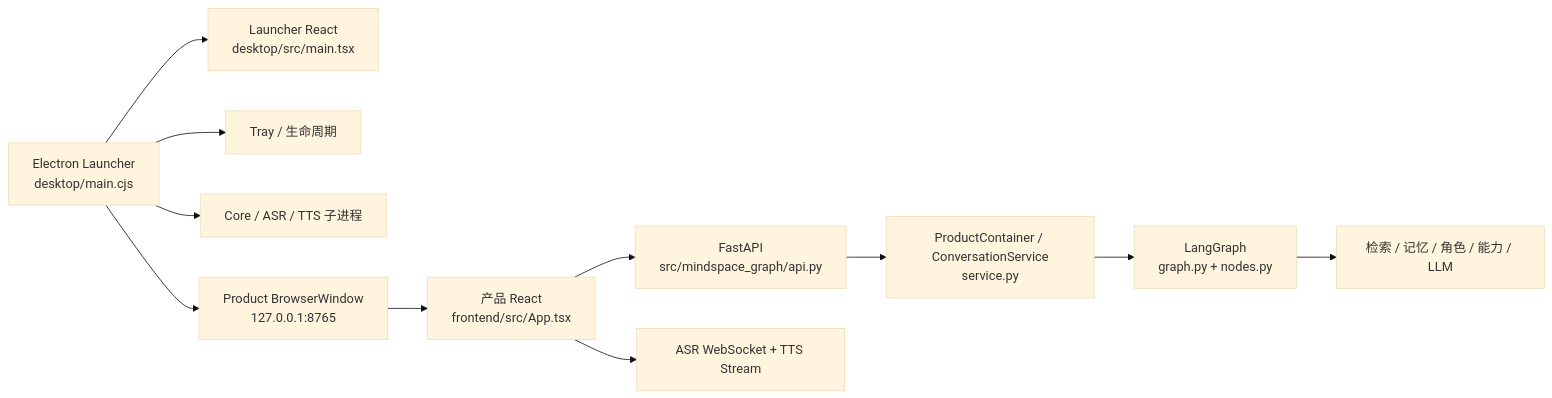
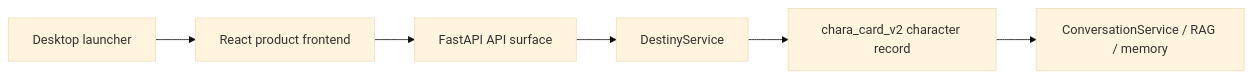
The diagram in docs/MINDSPACE_FUNCTION_MAP.md (Spirtxiaoqi7/Mindspace), drawn with Mermaid (base theme) before and after one commit. The commit also changed other lines of this file and 101 other files, not shown here.

````diff
--- a/docs/MINDSPACE_FUNCTION_MAP.md
+++ b/docs/MINDSPACE_FUNCTION_MAP.md
@@ -17,13 +13,8 @@
 ```mermaid
 flowchart LR
-    L["Electron Launcher\ndesktop/main.cjs"] --> P["Launcher React\ndesktop/src/main.tsx"]
-    L --> T["Tray / 生命周期"]
-    L --> S["Core / ASR / TTS 子进程"]
-    L --> W["Product BrowserWindow\n127.0.0.1:8765"]
-    W --> F["产品 React\nfrontend/src/App.tsx"]
-    F --> A["FastAPI\nsrc/mindspace_graph/api.py"]
-    A --> C["ProductContainer / ConversationService\nservice.py"]
-    C --> G["LangGraph\ngraph.py + nodes.py"]
-    G --> R["检索 / 记忆 / 角色 / 能力 / LLM"]
-    F --> V["ASR WebSocket + TTS Stream"]
+    E["Desktop launcher"] --> F["React product frontend"]
+    F --> A["FastAPI API surface"]
+    A --> D["DestinyService"]
+    D --> C["chara_card_v2 character record"]
+    C --> S["ConversationService / RAG / memory"]
 ```
````
